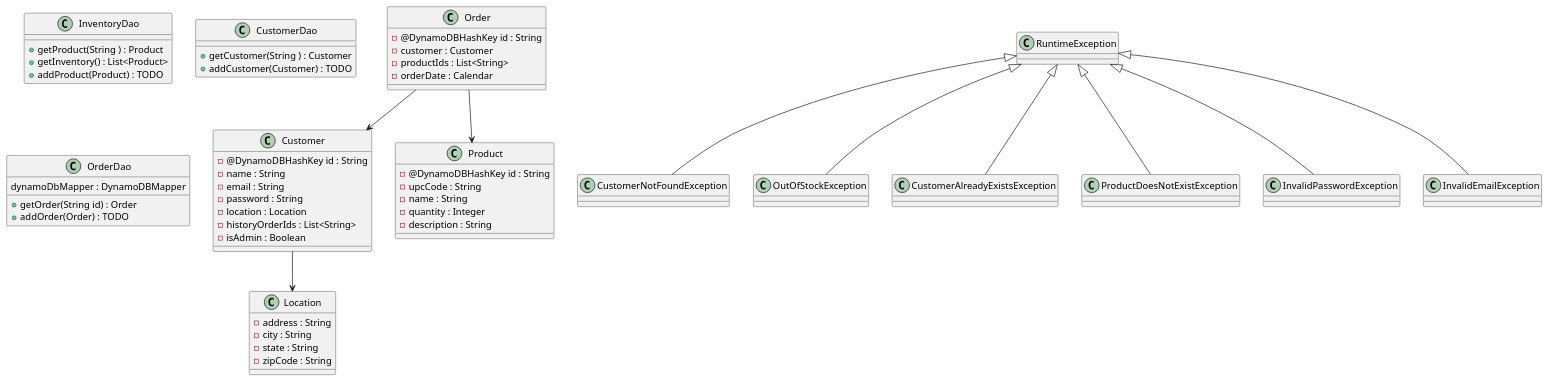
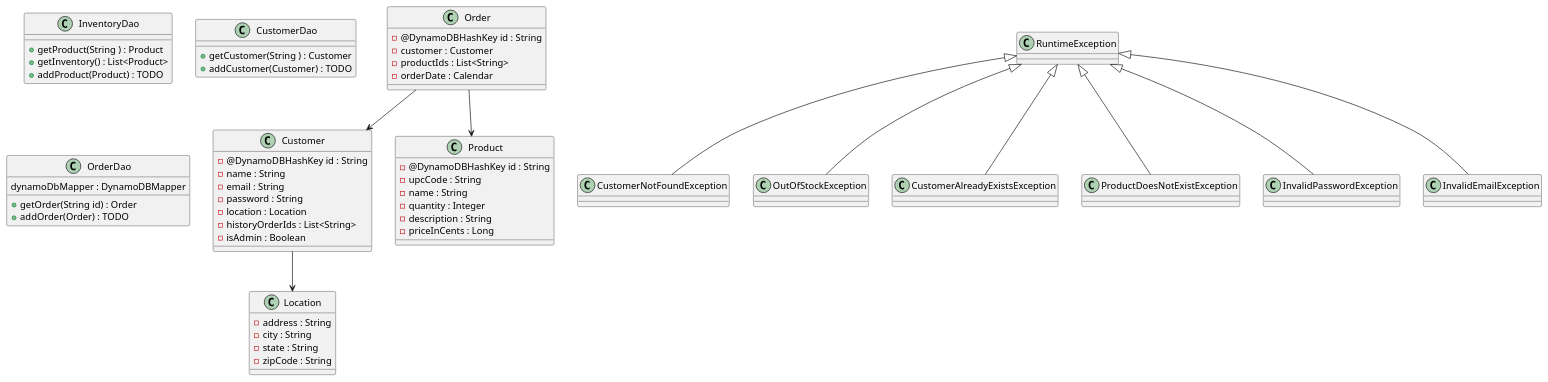
One commit to sylviamohos/CoolWithCouleBackend changed the diagram in project_documents/Design/GeneralClassDiagram.puml. Above: the diagram before and after it, drawn with PlantUML. The commit also changed 19 other files, not shown here.

Commit message:
Edited, added, and cleaned up sequence diagrams

```diff
--- a/project_documents/Design/GeneralClassDiagram.puml
+++ b/project_documents/Design/GeneralClassDiagram.puml
@@ -1,80 +1,81 @@
 @startuml
 
 
 ' Changed Existing User to Customer for simplicity in naming other classes -Jackson
 class Customer {
 -@DynamoDBHashKey id : String
 -name : String
 -email : String
 -password : String
 -location : Location
 -historyOrderIds : List<String>
 -isAdmin : Boolean
 }
 
 class Order{
 - @DynamoDBHashKey id : String
 -customer : Customer
 -productIds : List<String>
 -orderDate : Calendar
 }
 
 class Product{
 -@DynamoDBHashKey id : String
 -upcCode : String
 -name : String
 -quantity : Integer
 -description : String
+-priceInCents : Long
 }
 
 class Location{
 -address : String
 -city : String
 -state : String
 -zipCode : String
 }
 
 class InventoryDao {
 +getProduct(String ) : Product
 +getInventory() : List<Product>
 +addProduct(Product) : TODO
 
 }
 
 class CustomerDao {
 +getCustomer(String ) : Customer
 +addCustomer(Customer) : TODO
 }
 
 class OrderDao {
 dynamoDbMapper : DynamoDBMapper
 +getOrder(String id) : Order
 +addOrder(Order) : TODO
 }
 
 class CustomerNotFoundException extends RuntimeException{
 }
 
 class OutOfStockException extends RuntimeException{
 }
 
 class CustomerAlreadyExistsException extends RuntimeException{
 }
 
 class ProductDoesNotExistException extends RuntimeException{
 }
 
 class InvalidPasswordException extends RuntimeException{
 }
 
 class InvalidEmailException extends RuntimeException{
 }
 
 
 Customer --> Location
 Order --> Customer
 Order--> Product
 
 
 
 @enduml
```
